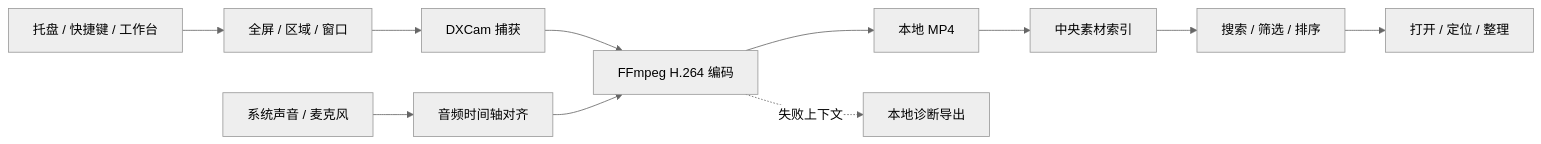
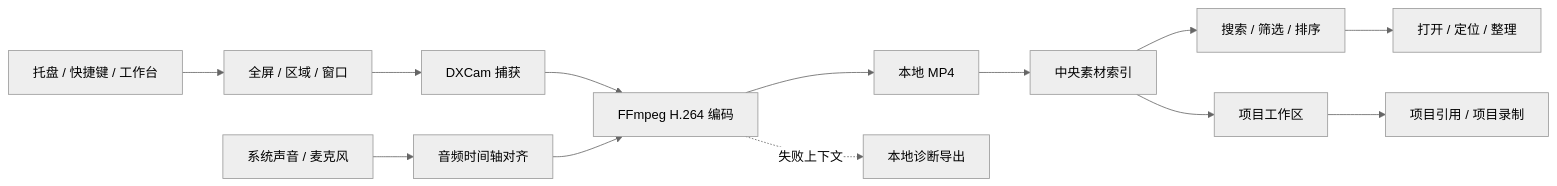
Before and after one commit to NzyZzz1998/QuickRec: the diagram in README.md, drawn with Mermaid (neutral theme). The commit also changed other lines of this file and 70 other files, not shown here.

````diff
--- a/README.md
+++ b/README.md
@@ -69,13 +112,15 @@
 ```mermaid
 flowchart LR
     A["托盘 / 快捷键 / 工作台"] --> B["全屏 / 区域 / 窗口"]
     B --> C["DXCam 捕获"]
     D["系统声音 / 麦克风"] --> E["音频时间轴对齐"]
     C --> F["FFmpeg H.264 编码"]
     E --> F
     F --> G["本地 MP4"]
     G --> H["中央素材索引"]
     H --> I["搜索 / 筛选 / 排序"]
     I --> J["打开 / 定位 / 整理"]
+    H --> L["项目工作区"]
+    L --> M["项目引用 / 项目录制"]
     F -. "失败上下文" .-> K["本地诊断导出"]
 ```
````
